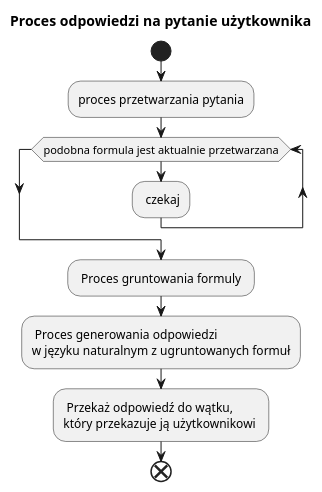
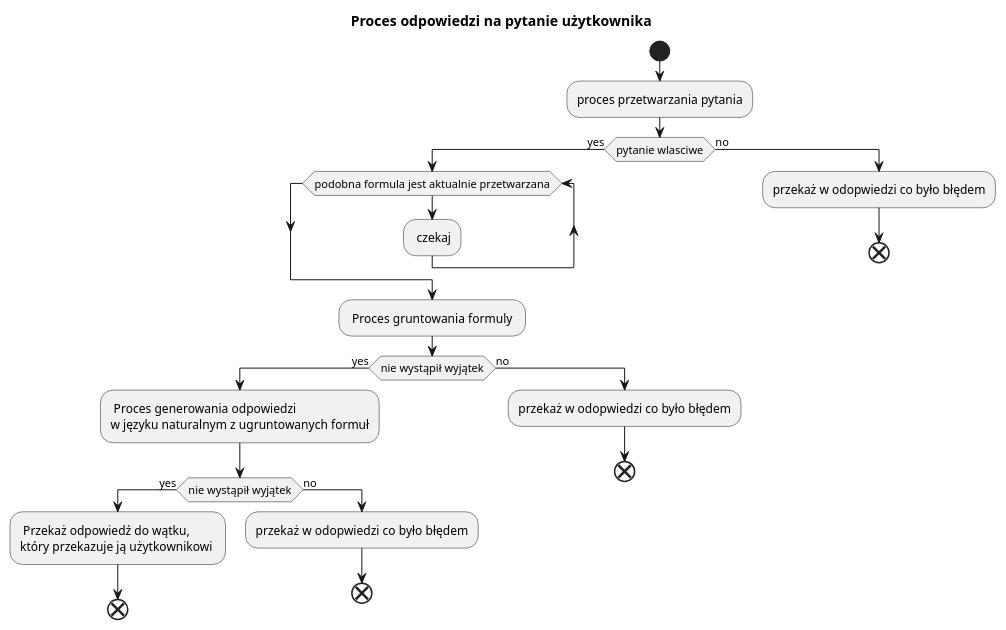
One commit to gkostkowski/ModalCommLangGrunding changed the diagram in diagrams/answering_thread_activity.puml. Above: the diagram before and after it, drawn with PlantUML. The commit also changed 6 other files, not shown here.

Commit message:
diagramy i małe poprawki w dokumentacji

```diff
--- a/diagrams/answering_thread_activity.puml
+++ b/diagrams/answering_thread_activity.puml
@@ -1,18 +1,30 @@
 @startuml
 title Proces odpowiedzi na pytanie użytkownika
 start
     :proces przetwarzania pytania;
-    while (podobna formula jest aktualnie przetwarzana)
-        : czekaj;
-    endwhile
-    : Proces gruntowania formuly ;
-    : Proces generowania odpowiedzi
-    w języku naturalnym z ugruntowanych formuł;
-    : Przekaż odpowiedź do wątku,
-    który przekazuje ją użytkownikowi ;
-
-
+    if(pytanie wlasciwe) then (yes)
+        while (podobna formula jest aktualnie przetwarzana)
+                : czekaj;
+            endwhile
+            : Proces gruntowania formuly ;
+            if(nie wystąpił wyjątek) then (yes)
+                : Proces generowania odpowiedzi
+                w języku naturalnym z ugruntowanych formuł;
+                if(nie wystąpił wyjątek) then (yes)
+                    : Przekaż odpowiedź do wątku,
+                    który przekazuje ją użytkownikowi ;
+                    end
+                else (no)
+                      :przekaż w odopwiedzi co było błędem;
+                      end
+                endif
+            else (no)
+                :przekaż w odopwiedzi co było błędem;
+                end
+            endif
+    else (no)
+        :przekaż w odopwiedzi co było błędem;
 end
 
 
 @enduml
```
